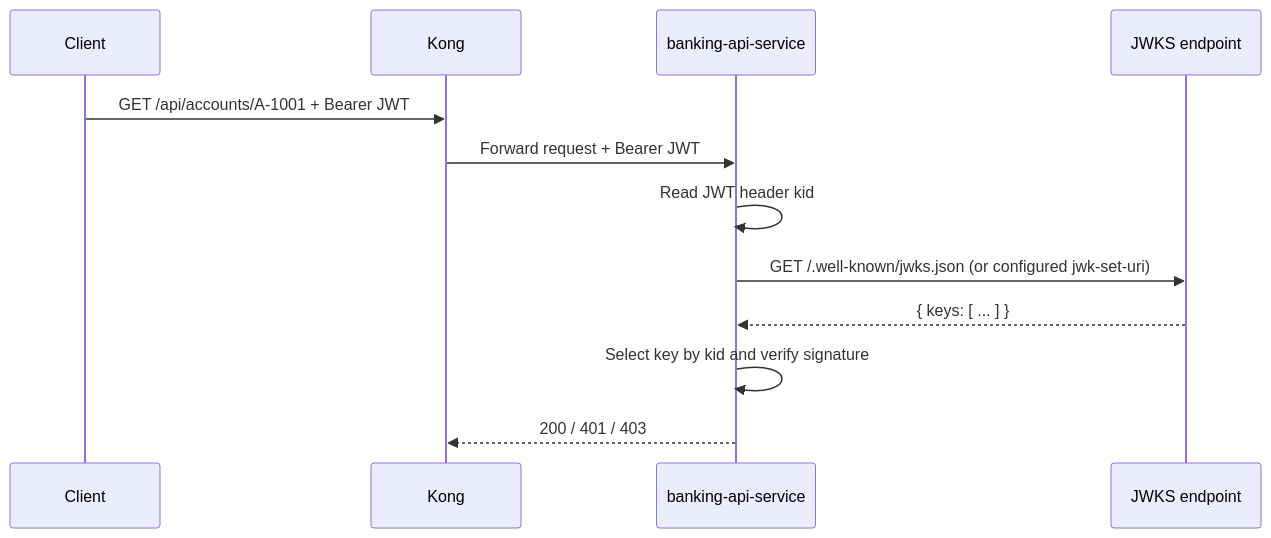
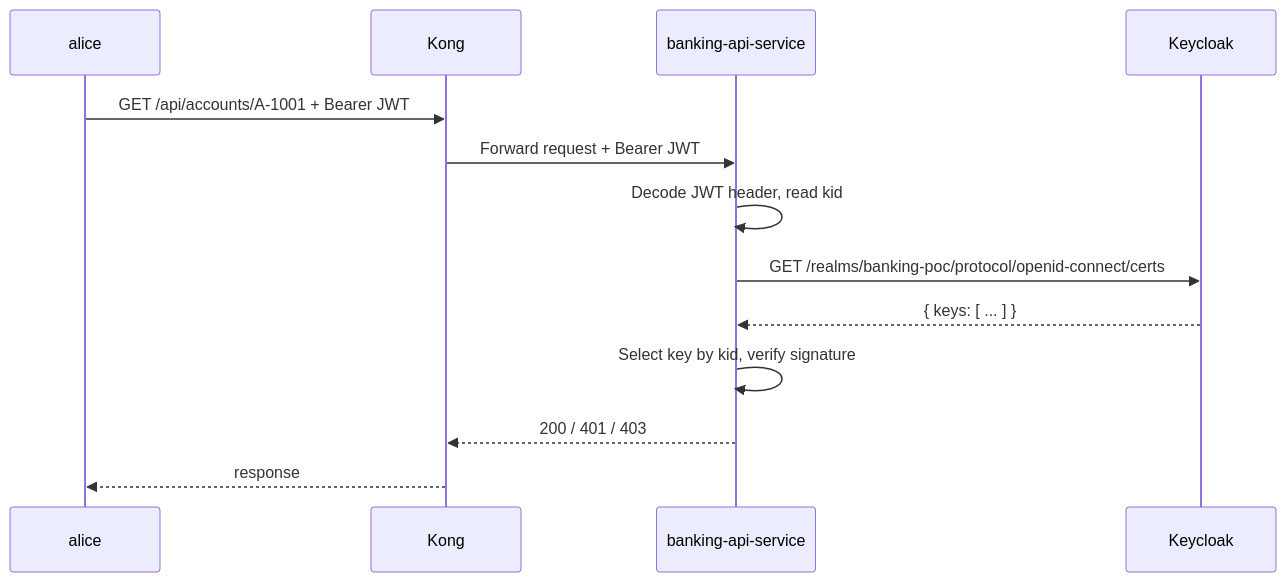
The diagram in docs/12-jwks.md (geekchow/micro-service-auth), drawn with Mermaid before and after one commit. The commit also changed other lines of this file, not shown here.

Commit message:
docs: rewrite 12 JWKS with template

````diff
--- a/docs/12-jwks.md
+++ b/docs/12-jwks.md
@@ -58,15 +71,16 @@
 ```mermaid
 sequenceDiagram
-    participant C as Client
-    participant G as Kong
-    participant B as banking-api-service
-    participant J as JWKS endpoint
+    participant alice as alice
+    participant Kong as Kong
+    participant banking as banking-api-service
+    participant Keycloak as Keycloak
 
-    C->>G: GET /api/accounts/A-1001 + Bearer JWT
-    G->>B: Forward request + Bearer JWT
-    B->>B: Read JWT header kid
-    B->>J: GET /.well-known/jwks.json (or configured jwk-set-uri)
-    J-->>B: { keys: [ ... ] }
-    B->>B: Select key by kid and verify signature
-    B-->>G: 200 / 401 / 403
+    alice->>Kong: GET /api/accounts/A-1001 + Bearer JWT
+    Kong->>banking: Forward request + Bearer JWT
+    banking->>banking: Decode JWT header, read kid
+    banking->>Keycloak: GET /realms/banking-poc/protocol/openid-connect/certs
+    Keycloak-->>banking: { keys: [ ... ] }
+    banking->>banking: Select key by kid, verify signature
+    banking-->>Kong: 200 / 401 / 403
+    Kong-->>alice: response
 ```
````
